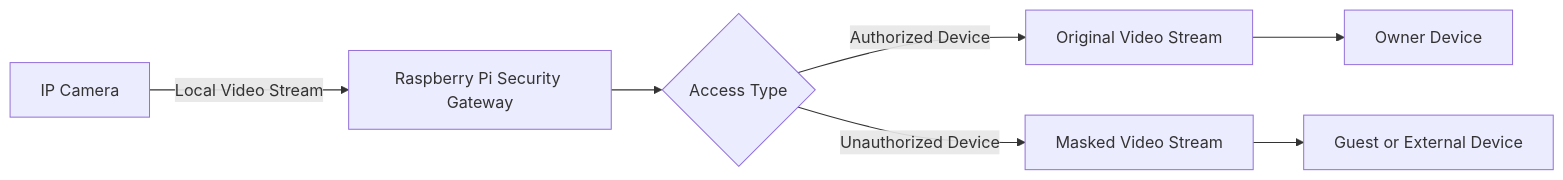
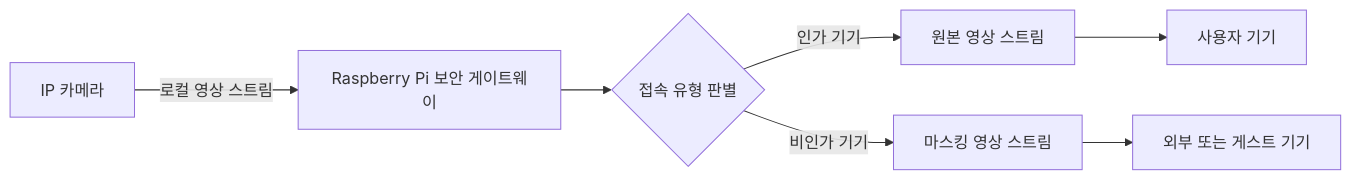
Before and after one commit to Marble2468/ip-camera-hub: the first of 5 diagrams in README.md, drawn with Mermaid. The commit also changed other lines of this file, not shown here.

````diff
--- a/README.md
+++ b/README.md
@@ -41,12 +41,12 @@
 ```mermaid
 flowchart LR
-    A[IP Camera] -->|Local Video Stream| B[Raspberry Pi Security Gateway]
+    A[IP 카메라] -->|로컬 영상 스트림| B[Raspberry Pi 보안 게이트웨이]
 
-    B --> C{Access Type}
+    B --> C{접속 유형 판별}
 
-    C -->|Authorized Device| D[Original Video Stream]
-    C -->|Unauthorized Device| E[Masked Video Stream]
+    C -->|인가 기기| D[원본 영상 스트림]
+    C -->|비인가 기기| E[마스킹 영상 스트림]
 
-    D --> F[Owner Device]
-    E --> G[Guest or External Device]
+    D --> F[사용자 기기]
+    E --> G[외부 또는 게스트 기기]
 ```
````
